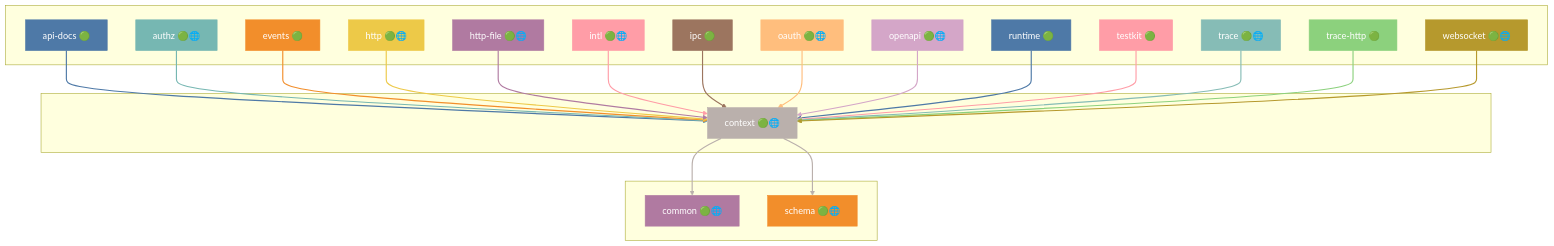
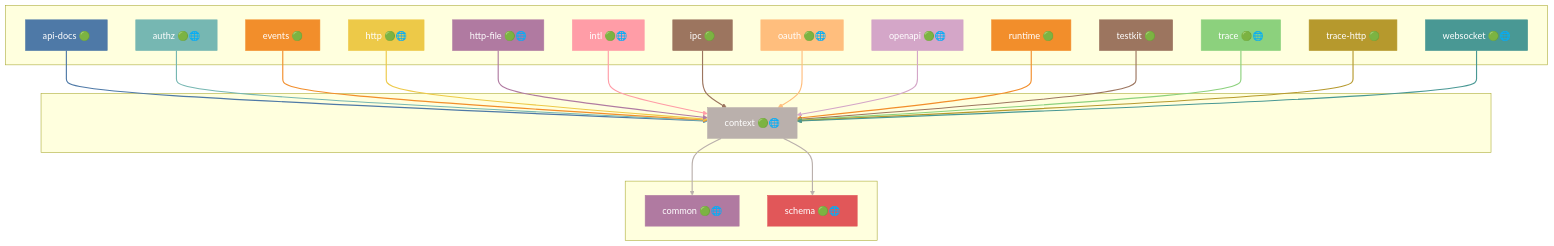
Diagram 11 of 51 in docs/DEPENDENCIES.md (grest-ts/grest-ts), drawn with Mermaid before and after one commit. The commit also changed other lines of this file and 24 other files, not shown here.

````diff
--- a/docs/DEPENDENCIES.md
+++ b/docs/DEPENDENCIES.md
@@ -815,75 +817,75 @@
 ```mermaid
 flowchart TB
     subgraph Dependents[" "]
         api-docs["api-docs 🟢"]
         authz["authz 🟢🌐"]
         events["events 🟢"]
         http["http 🟢🌐"]
         http-file["http-file 🟢🌐"]
         intl["intl 🟢🌐"]
         ipc["ipc 🟢"]
         oauth["oauth 🟢🌐"]
         openapi["openapi 🟢🌐"]
         runtime["runtime 🟢"]
         testkit["testkit 🟢"]
         trace["trace 🟢🌐"]
         trace-http["trace-http 🟢"]
         websocket["websocket 🟢🌐"]
     end
     subgraph Package[" "]
         context["context 🟢🌐"]
     end
     subgraph Dependencies[" "]
         common["common 🟢🌐"]
         schema["schema 🟢🌐"]
     end
     api-docs --> context
     authz --> context
     events --> context
     http --> context
     http-file --> context
     intl --> context
     ipc --> context
     oauth --> context
     openapi --> context
     runtime --> context
     testkit --> context
     trace --> context
     trace-http --> context
     websocket --> context
     context --> common
     context --> schema
     style context fill:#BAB0AC,stroke:#BAB0AC,color:#fff
     style api-docs fill:#4E79A7,stroke:#4E79A7,color:#fff
     style authz fill:#76B7B2,stroke:#76B7B2,color:#fff
     style events fill:#F28E2B,stroke:#F28E2B,color:#fff
     style http fill:#EDC948,stroke:#EDC948,color:#fff
     style http-file fill:#B07AA1,stroke:#B07AA1,color:#fff
     style intl fill:#FF9DA7,stroke:#FF9DA7,color:#fff
     style ipc fill:#9C755F,stroke:#9C755F,color:#fff
     style oauth fill:#FFBE7D,stroke:#FFBE7D,color:#fff
     style openapi fill:#D4A6C8,stroke:#D4A6C8,color:#fff
-    style runtime fill:#4E79A7,stroke:#4E79A7,color:#fff
-    style testkit fill:#FF9DA7,stroke:#FF9DA7,color:#fff
-    style trace fill:#86BCB6,stroke:#86BCB6,color:#fff
-    style trace-http fill:#8CD17D,stroke:#8CD17D,color:#fff
-    style websocket fill:#B6992D,stroke:#B6992D,color:#fff
+    style runtime fill:#F28E2B,stroke:#F28E2B,color:#fff
+    style testkit fill:#9C755F,stroke:#9C755F,color:#fff
+    style trace fill:#8CD17D,stroke:#8CD17D,color:#fff
+    style trace-http fill:#B6992D,stroke:#B6992D,color:#fff
+    style websocket fill:#499894,stroke:#499894,color:#fff
     style common fill:#B07AA1,stroke:#B07AA1,color:#fff
-    style schema fill:#F28E2B,stroke:#F28E2B,color:#fff
+    style schema fill:#E15759,stroke:#E15759,color:#fff
     linkStyle 0 stroke:#4E79A7,stroke-width:2px
     linkStyle 1 stroke:#76B7B2,stroke-width:2px
     linkStyle 2 stroke:#F28E2B,stroke-width:2px
     linkStyle 3 stroke:#EDC948,stroke-width:2px
     linkStyle 4 stroke:#B07AA1,stroke-width:2px
     linkStyle 5 stroke:#FF9DA7,stroke-width:2px
     linkStyle 6 stroke:#9C755F,stroke-width:2px
     linkStyle 7 stroke:#FFBE7D,stroke-width:2px
     linkStyle 8 stroke:#D4A6C8,stroke-width:2px
-    linkStyle 9 stroke:#4E79A7,stroke-width:2px
-    linkStyle 10 stroke:#FF9DA7,stroke-width:2px
-    linkStyle 11 stroke:#86BCB6,stroke-width:2px
-    linkStyle 12 stroke:#8CD17D,stroke-width:2px
-    linkStyle 13 stroke:#B6992D,stroke-width:2px
+    linkStyle 9 stroke:#F28E2B,stroke-width:2px
+    linkStyle 10 stroke:#9C755F,stroke-width:2px
+    linkStyle 11 stroke:#8CD17D,stroke-width:2px
+    linkStyle 12 stroke:#B6992D,stroke-width:2px
+    linkStyle 13 stroke:#499894,stroke-width:2px
     linkStyle 14 stroke:#BAB0AC,stroke-width:2px
     linkStyle 15 stroke:#BAB0AC,stroke-width:2px
 ```
````
